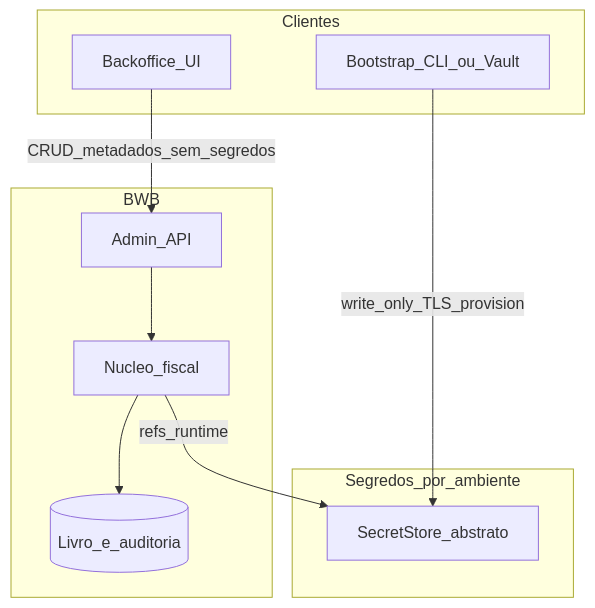
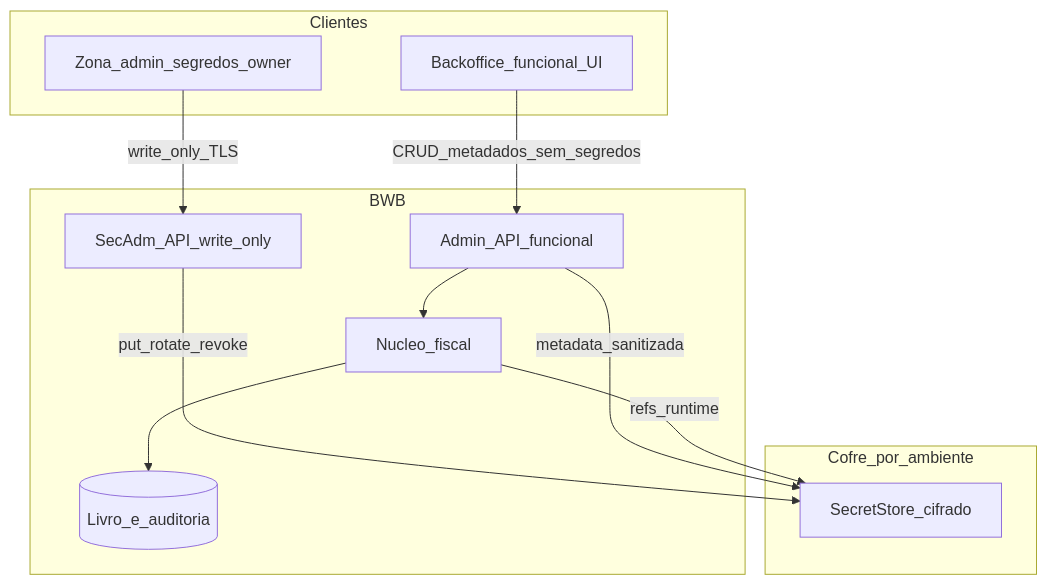
Before and after one commit to storesace-cv/bwb-modulo-fiscal: the diagram in docs/02-architecture/backoffice-architecture.md, drawn with Mermaid. The commit also changed other lines of this file and 5 other files, not shown here.

First line of the commit message:
DEC-BO-001: separar backoffice funcional da zona de segredos. (#58)

````diff
--- a/docs/02-architecture/backoffice-architecture.md
+++ b/docs/02-architecture/backoffice-architecture.md
@@ -11,20 +11,23 @@
 ```mermaid
 flowchart TB
   subgraph clients [Clientes]
-    AdminUI[Backoffice_UI]
-    Bootstrap[Bootstrap_CLI_ou_Vault]
+    AdminUI[Backoffice_funcional_UI]
+    OwnerVault[Zona_admin_segredos_owner]
   end
   subgraph bwb [BWB]
-    AdminAPI[Admin_API]
+    AdminAPI[Admin_API_funcional]
+    SecAdmAPI[SecAdm_API_write_only]
     FiscalCore[Nucleo_fiscal]
     Ledger[(Livro_e_auditoria)]
   end
-  subgraph secrets [Segredos_por_ambiente]
-    SecretStore[SecretStore_abstrato]
+  subgraph secrets [Cofre_por_ambiente]
+    SecretStore[SecretStore_cifrado]
   end
   AdminUI -->|"CRUD_metadados_sem_segredos"| AdminAPI
-  Bootstrap -->|"write_only_TLS_provision"| SecretStore
+  OwnerVault -->|"write_only_TLS"| SecAdmAPI
+  SecAdmAPI -->|"put_rotate_revoke"| SecretStore
+  AdminAPI -->|"metadata_sanitizada"| SecretStore
   AdminAPI --> FiscalCore
   FiscalCore --> Ledger
   FiscalCore -->|"refs_runtime"| SecretStore
 ```
````
